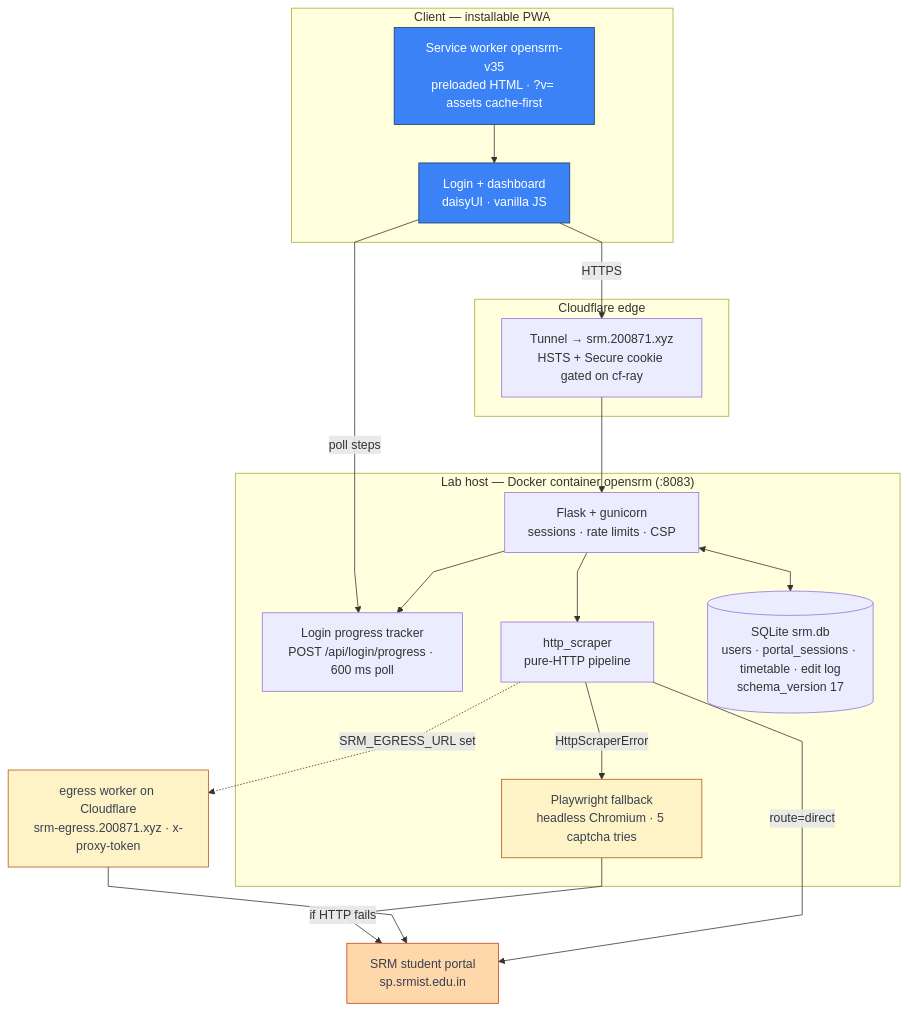
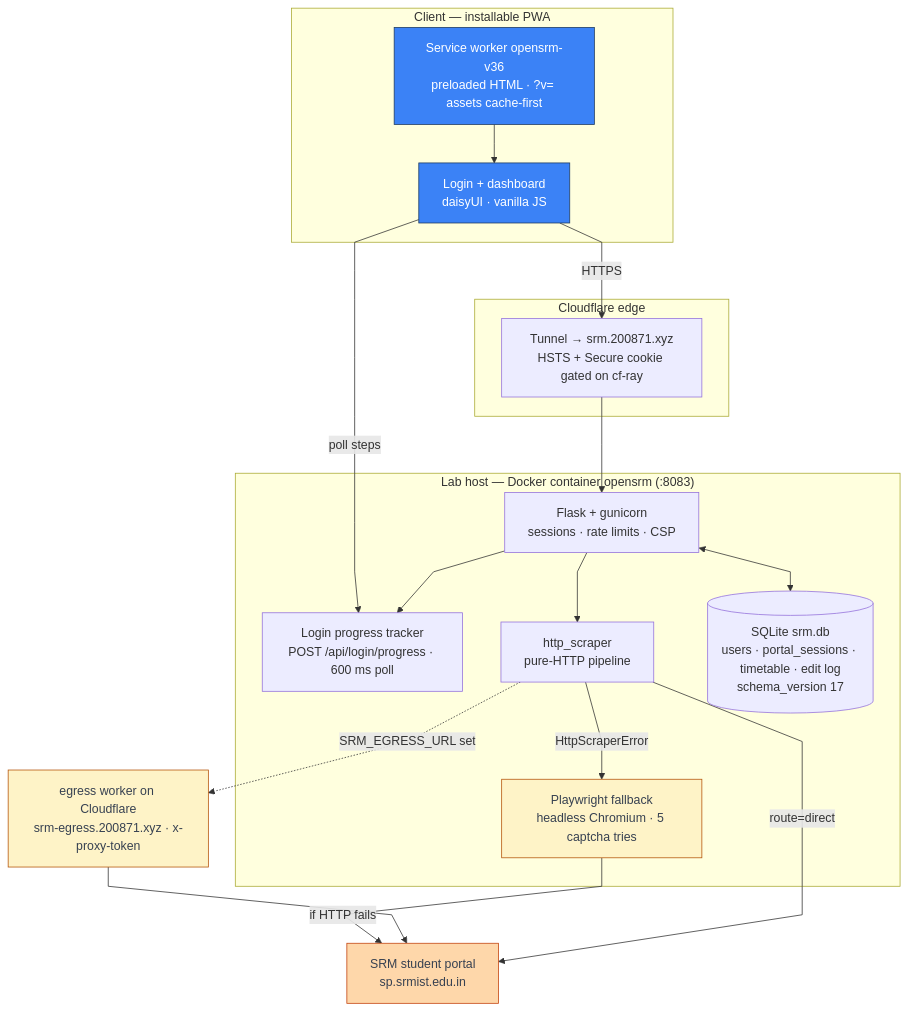
Before and after one commit to thenabbu/OpenSRM: the first of 3 diagrams in README.md, drawn with Mermaid. The commit also changed 15 other files, not shown here.

````diff
--- a/README.md
+++ b/README.md
@@ -71,43 +71,43 @@
 ```mermaid
 %%{init: {"flowchart": {"curve": "linear"}}}%%
 flowchart TD
     subgraph client["Client — installable PWA"]
         UI["Login + dashboard<br/>daisyUI · vanilla JS"]
-        SW["Service worker opensrm-v35<br/>preloaded HTML · ?v= assets cache-first"]
+        SW["Service worker opensrm-v36<br/>preloaded HTML · ?v= assets cache-first"]
     end
 
     subgraph edge["Cloudflare edge"]
         TUN["Tunnel → srm.200871.xyz<br/>HSTS + Secure cookie gated on cf-ray"]
     end
 
     subgraph lab["Lab host — Docker container opensrm (:8083)"]
         FL["Flask + gunicorn<br/>sessions · rate limits · CSP"]
         PROG["Login progress tracker<br/>POST /api/login/progress · 600 ms poll"]
         HS["http_scraper<br/>pure-HTTP pipeline"]
         PW["Playwright fallback<br/>headless Chromium · 5 captcha tries"]
         DB[("SQLite srm.db<br/>users · portal_sessions · timetable · edit log<br/>schema_version 17")]
         FL --> PROG
         FL <--> DB
         FL --> HS
         HS -->|"HttpScraperError"| PW
     end
 
     EG["egress worker on Cloudflare<br/>srm-egress.200871.xyz · x-proxy-token"]
     P["SRM student portal<br/>sp.srmist.edu.in"]
 
     UI -->|"HTTPS"| TUN
     TUN --> FL
     SW --> UI
     UI -->|"poll steps"| PROG
     HS -->|"route=direct"| P
     HS -.->|"SRM_EGRESS_URL set"| EG
     EG --> P
     PW -->|"if HTTP fails"| P
 
     classDef client fill:#3b82f6,stroke:#1e3a5f,color:#ffffff
     classDef conditional fill:#fef3c7,stroke:#b45309,color:#374151
     classDef external fill:#fed7aa,stroke:#c2410c,color:#374151
     class UI,SW client
     class PW,EG conditional
     class P external
 ```
````
